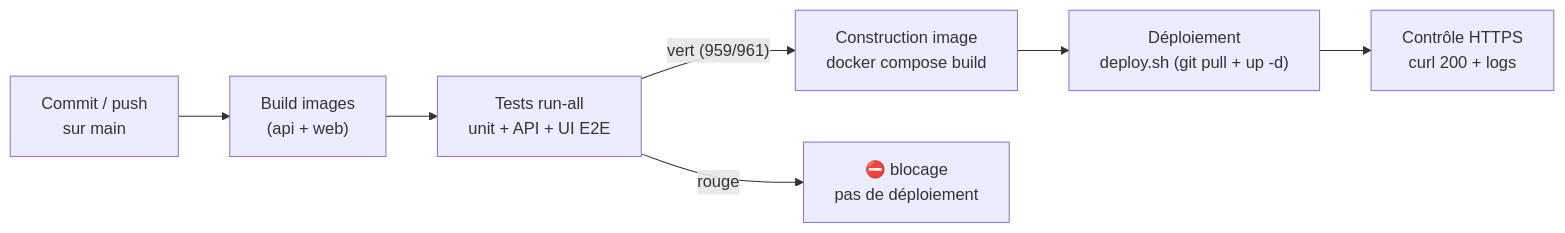
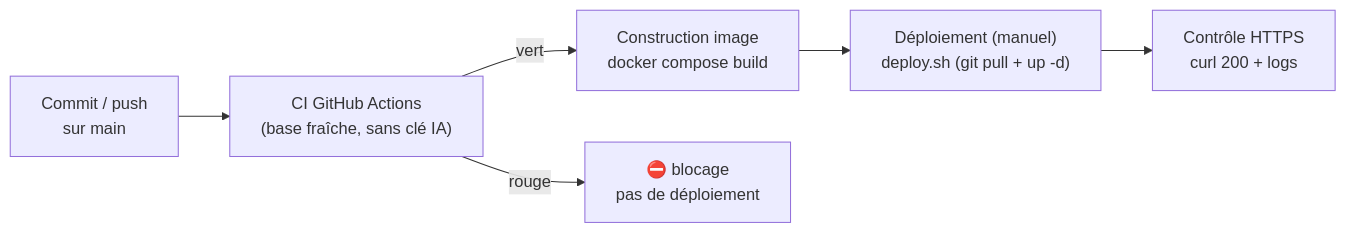
Before and after one commit to melafrit/FAD130_accompagnement_pro: the fifth of 5 diagrams in app/api/src/wiki/content/deployment.md, drawn with Mermaid. The commit also changed other lines of this file and 14 other files, not shown here.

````diff
--- a/app/api/src/wiki/content/deployment.md
+++ b/app/api/src/wiki/content/deployment.md
@@ -194,9 +234,8 @@
 ```mermaid
 flowchart LR
-  s1["Commit / push<br/>sur main"] --> s2["Build images<br/>(api + web)"]
-  s2 --> s3["Tests run-all<br/>unit + API + UI E2E"]
-  s3 -->|"vert (959/961)"| s4["Construction image<br/>docker compose build"]
-  s3 -->|"rouge"| stop["⛔ blocage<br/>pas de déploiement"]
-  s4 --> s5["Déploiement<br/>deploy.sh (git pull + up -d)"]
+  s1["Commit / push<br/>sur main"] --> ci["CI GitHub Actions<br/>(base fraîche, sans clé IA)"]
+  ci -->|"vert"| s4["Construction image<br/>docker compose build"]
+  ci -->|"rouge"| stop["⛔ blocage<br/>pas de déploiement"]
+  s4 --> s5["Déploiement (manuel)<br/>deploy.sh (git pull + up -d)"]
   s5 --> s6["Contrôle HTTPS<br/>curl 200 + logs"]
 ```
````
